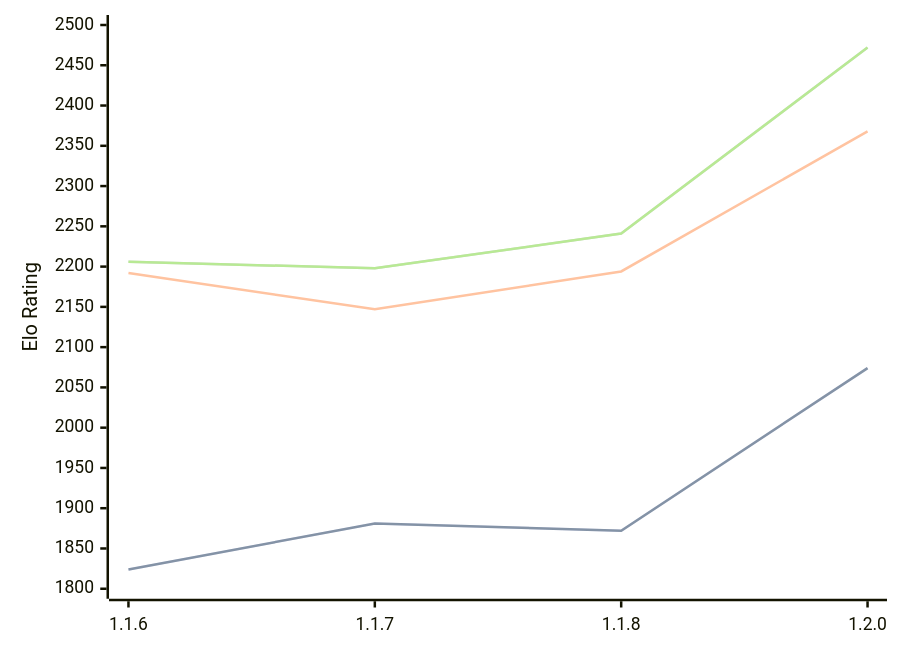
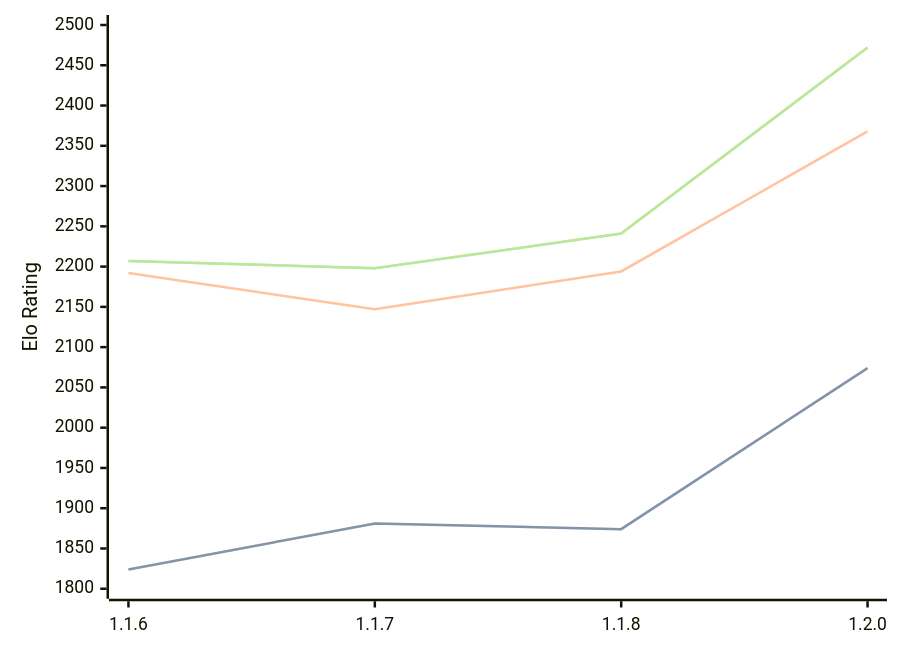
The diagram in engines/Soomi.md (computer-chess-index/cci), drawn with Mermaid before and after one commit. The commit also changed other lines of this file, not shown here.

Commit message:
Update CCI Ratings (ELO VLTC) - 2026-02-15

````diff
--- a/engines/Soomi.md
+++ b/engines/Soomi.md
@@ -31,11 +31,11 @@
 ```mermaid
 %%{init: {"theme":"base","themeVariables":{"seriesColors:['#a3a3a3','#222221','#faa371']}}}%%
 xychart-beta
   x-axis ["1.1.6", "1.1.7", "1.1.8", "1.2.0"]
   y-axis "Elo Rating" 1800 --> 2500
-  line "STC (8.0+0.08s)" [1824, 1881, 1872, 2074]
-  line "STC (8.0+0.08s)" [1824, 1881, 1872, 2074]
+  line "STC (8.0+0.08s)" [1824, 1881, 1874, 2074]
+  line "STC (8.0+0.08s)" [1824, 1881, 1874, 2074]
   line "LTC (60.0+0.60s)" [2192, 2147, 2194, 2368]
-  line "VLTC (2m24s+1.12s)" [2206, 2198, 2241, 2472]
-  line "VLTC (2m24s+1.12s)" [2206, 2198, 2241, 2472]
+  line "VLTC (2m24s+1.12s)" [2207, 2198, 2241, 2472]
+  line "VLTC (2m24s+1.12s)" [2207, 2198, 2241, 2472]
 ```
````
